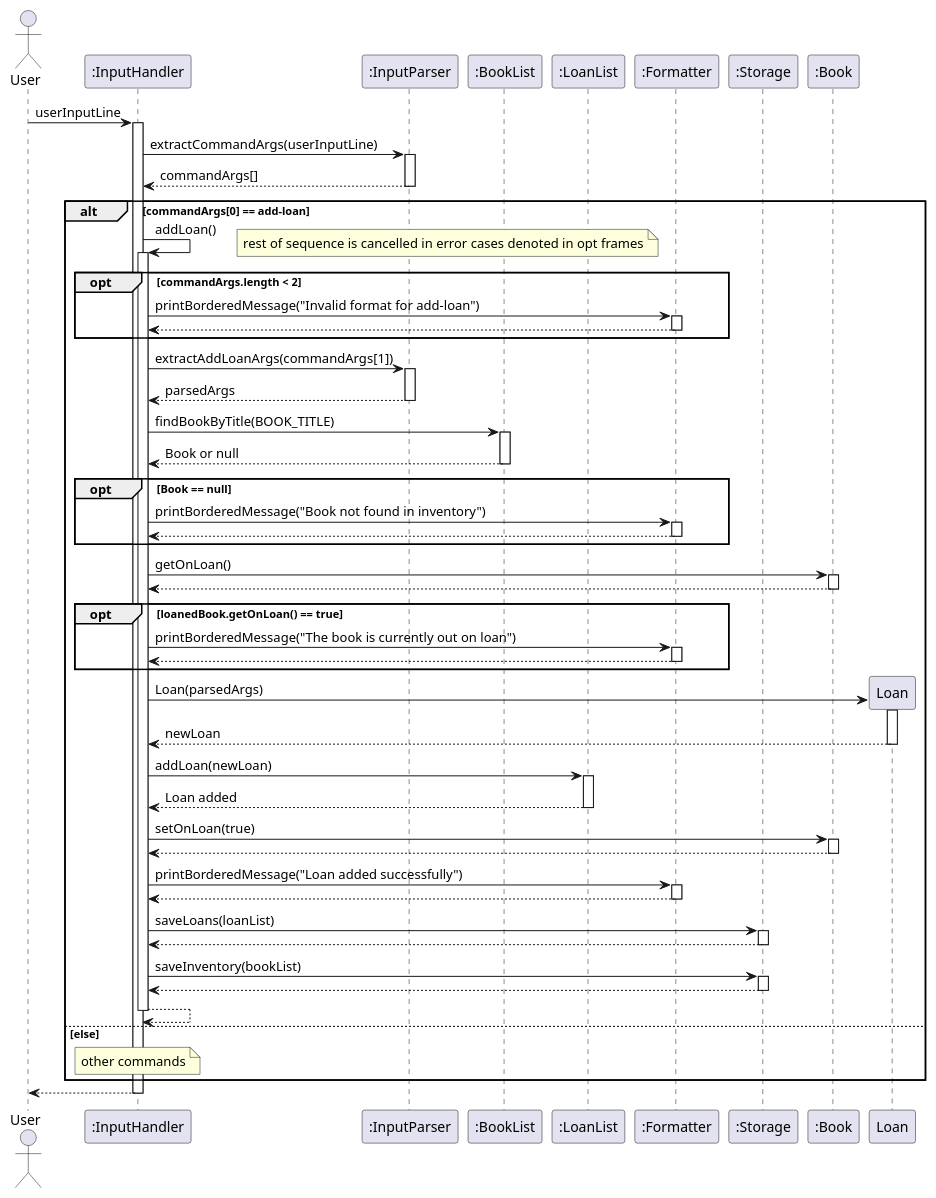
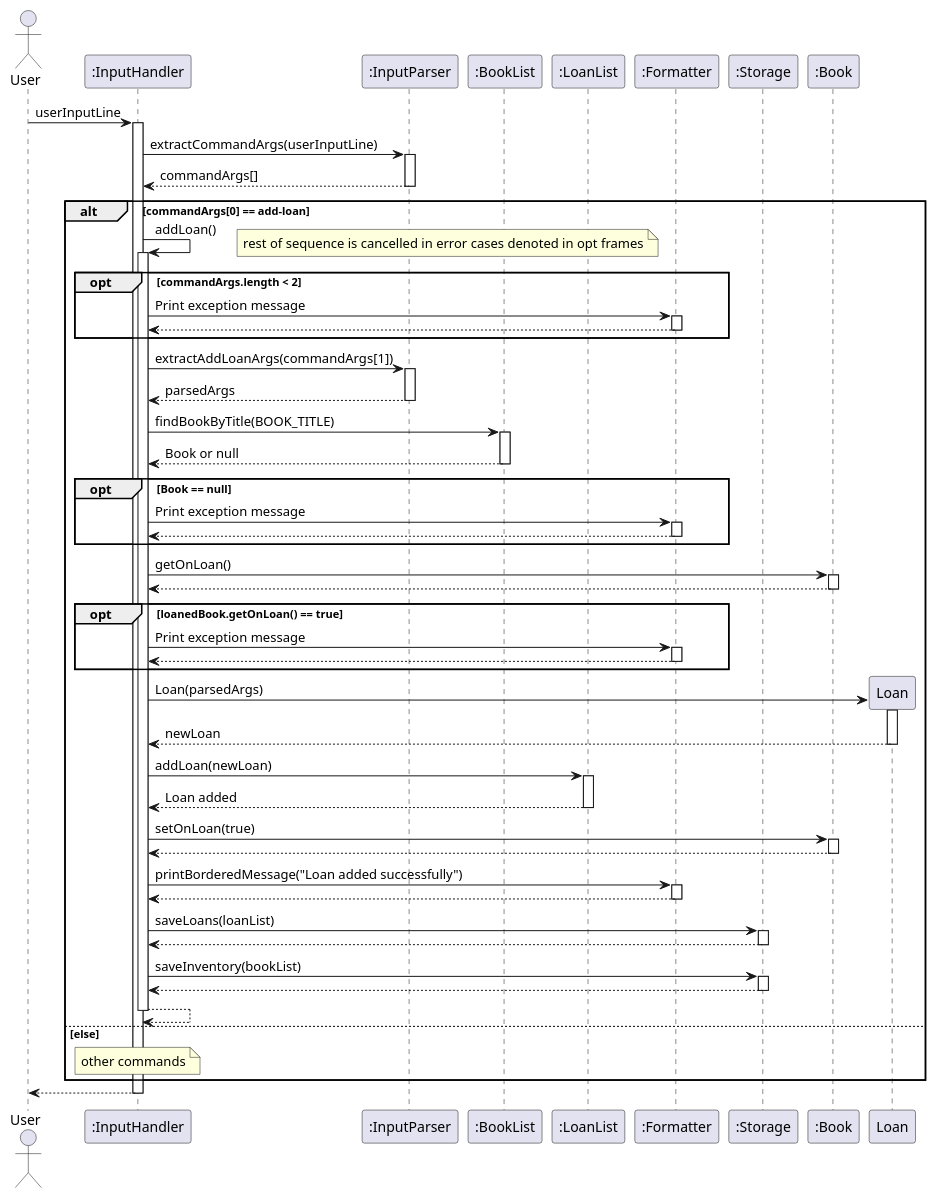
One commit to AY2425S2-CS2113-T12-2/tp changed the diagram in docs/diagrams/addLoan.puml. Above: the diagram before and after it, drawn with PlantUML. The commit also changed 8 other files, not shown here.

```diff
--- a/docs/diagrams/addLoan.puml
+++ b/docs/diagrams/addLoan.puml
@@ -1,111 +1,111 @@
 @startuml
 actor User
 participant InputHandler as ":InputHandler"
 participant InputParser as ":InputParser"
 participant BookList as ":BookList"
 participant LoanList as ":LoanList"
 participant Formatter as ":Formatter"
 participant Storage as ":Storage"
 participant Book as ":Book"
 
 User -> InputHandler: userInputLine
 activate InputHandler
 
 InputHandler -> InputParser: extractCommandArgs(userInputLine)
 activate InputParser
 
 InputParser --> InputHandler: commandArgs[]
 deactivate InputParser
 
 alt commandArgs[0] == add-loan
     InputHandler -> InputHandler : addLoan()
     activate InputHandler
 
 opt commandArgs.length < 2
     note right
     rest of sequence is cancelled in error cases denoted in opt frames
     end note
-    InputHandler -> Formatter: printBorderedMessage("Invalid format for add-loan")
+    InputHandler -> Formatter: Print exception message
     activate Formatter
     Formatter --> InputHandler
     deactivate Formatter
 end
     InputHandler -> InputParser: extractAddLoanArgs(commandArgs[1])
     activate InputParser
 
     InputParser --> InputHandler: parsedArgs
     deactivate InputParser
 
     InputHandler -> BookList: findBookByTitle(BOOK_TITLE)
     activate BookList
 
     BookList --> InputHandler: Book or null
     deactivate BookList
 
     opt Book == null
-        InputHandler -> Formatter: printBorderedMessage("Book not found in inventory")
+        InputHandler -> Formatter: Print exception message
         activate Formatter
 
         Formatter --> InputHandler
         deactivate Formatter
     end
         InputHandler -> Book: getOnLoan()
         activate Book
 
         Book --> InputHandler
         deactivate Book
 
         opt loanedBook.getOnLoan() == true
-            InputHandler -> Formatter: printBorderedMessage("The book is currently out on loan")
+            InputHandler -> Formatter: Print exception message
             activate Formatter
 
             Formatter --> InputHandler
             deactivate Formatter
         end
 
         InputHandler -> Loan ** : Loan(parsedArgs)
         activate Loan
 
         Loan --> InputHandler : newLoan
         deactivate Loan
 
 
         InputHandler -> LoanList: addLoan(newLoan)
         activate LoanList
         LoanList --> InputHandler: Loan added
         deactivate LoanList
 
         InputHandler -> Book: setOnLoan(true)
         activate Book
 
         Book --> InputHandler
         deactivate Book
 
         InputHandler -> Formatter: printBorderedMessage("Loan added successfully")
         activate Formatter
 
         Formatter --> InputHandler
         deactivate Formatter
 
         InputHandler -> Storage: saveLoans(loanList)
         activate Storage
 
         Storage --> InputHandler
         deactivate Storage
 
         InputHandler -> Storage: saveInventory(bookList)
         activate Storage
 
         Storage --> InputHandler
         deactivate Storage
 
 InputHandler --> InputHandler
 deactivate InputHandler
 
 else else
     note over InputHandler : other commands
 end
 
 InputHandler --> User
 deactivate InputHandler
 @enduml
```
